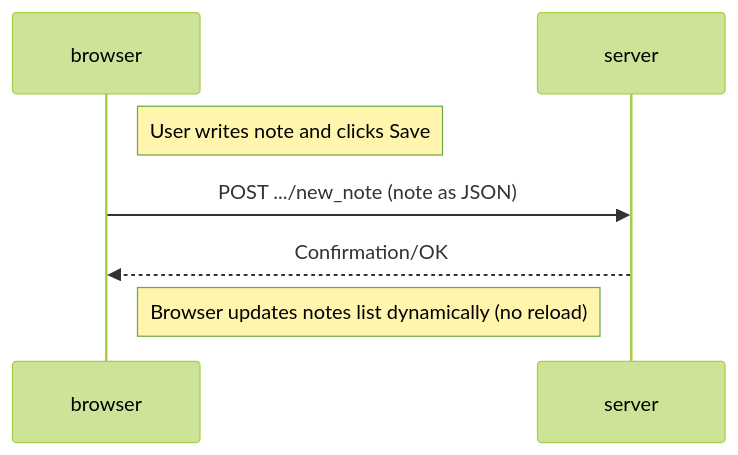
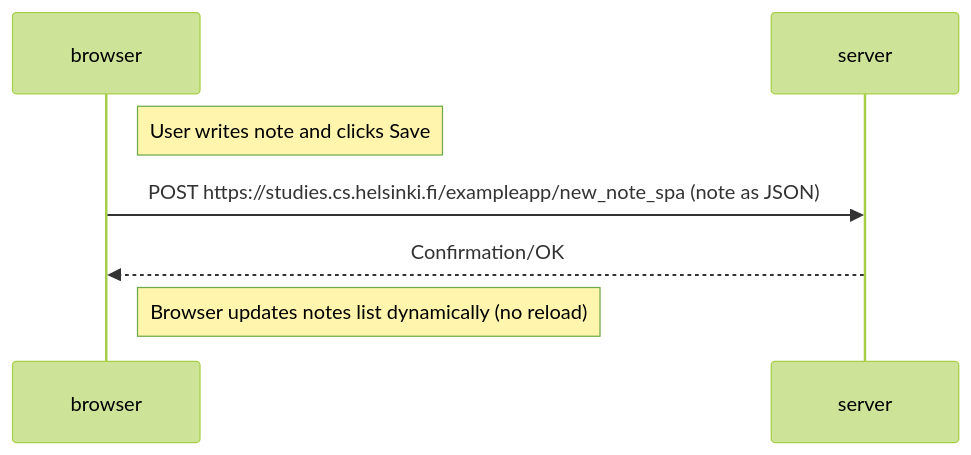
One commit to ez7tuta/exercise-part0 changed the third of 3 diagrams in README.md. Above: the diagram before and after it, drawn with Mermaid (forest theme). The commit also changed other lines of this file, not shown here.

````diff
--- a/README.md
+++ b/README.md
@@ -46,9 +46,9 @@
 ```mermaid
 sequenceDiagram
     participant browser
     participant server
     Note right of browser: User writes note and clicks Save
-    browser->>server: POST .../new_note (note as JSON)
+    browser->>server: POST https://studies.cs.helsinki.fi/exampleapp/new_note_spa (note as JSON)
     server-->>browser: Confirmation/OK
     Note right of browser: Browser updates notes list dynamically (no reload)
 ```
````
